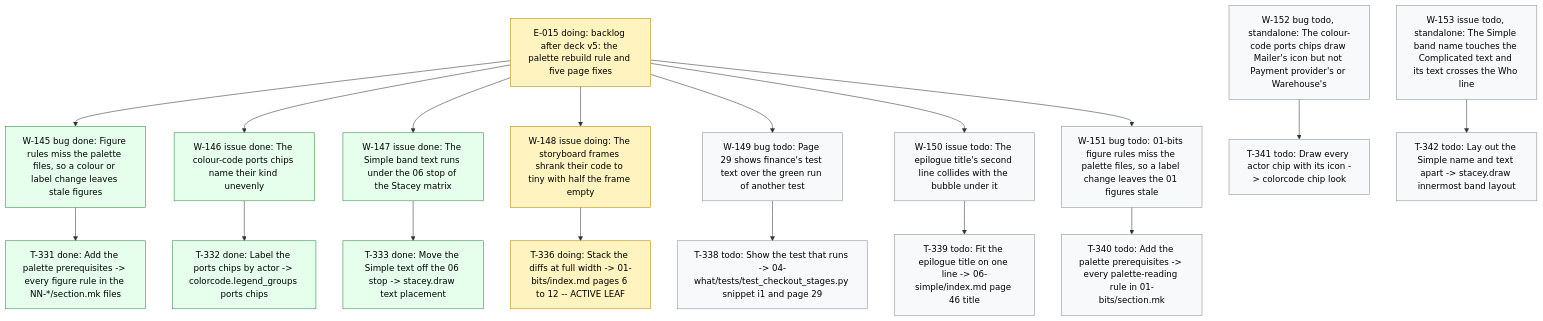
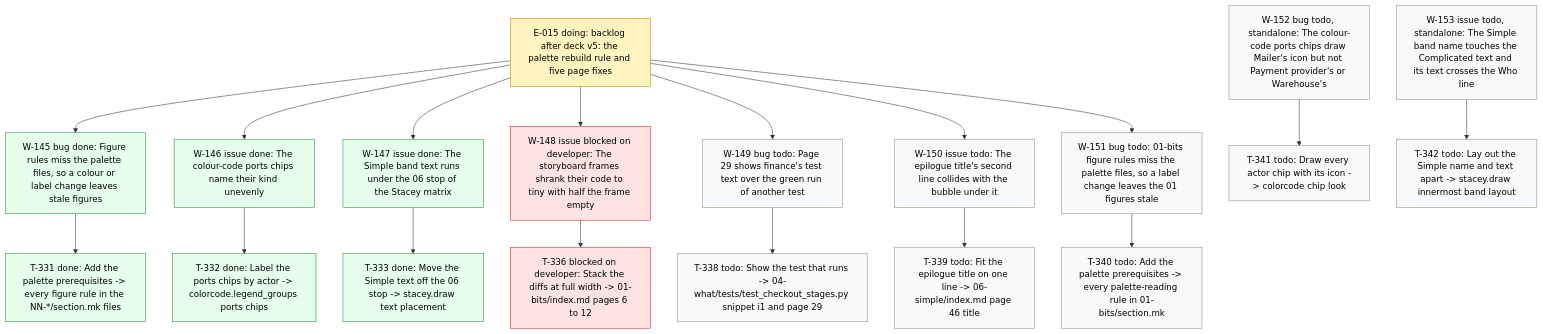
One commit to dpopchev/chaos-to-simple changed the diagram in .board/BOARD.md. Above: the diagram before and after it, drawn with Mermaid. The commit also changed other lines of this file and 2 other files, not shown here.

Commit message:
chore(board): block W-148 on the developer -- page 6 cannot hold the whole v0 at scriptsize
Refs: E-015 W-148 T-336

````diff
--- a/.board/BOARD.md
+++ b/.board/BOARD.md
@@ -862,30 +862,31 @@
 ```mermaid
 flowchart TD
   E015["E-015 doing: backlog after deck v5: the palette rebuild rule and five page fixes"]
   E015 --> W145["W-145 bug done: Figure rules miss the palette files, so a colour or label change leaves stale figures"]
   W145 --> T331["T-331 done: Add the palette prerequisites -> every figure rule in the NN-*/section.mk files"]
   E015 --> W146["W-146 issue done: The colour-code ports chips name their kind unevenly"]
   W146 --> T332["T-332 done: Label the ports chips by actor -> colorcode.legend_groups ports chips"]
   E015 --> W147["W-147 issue done: The Simple band text runs under the 06 stop of the Stacey matrix"]
   W147 --> T333["T-333 done: Move the Simple text off the 06 stop -> stacey.draw text placement"]
-  E015 --> W148["W-148 issue doing: The storyboard frames shrank their code to tiny with half the frame empty"]
-  W148 --> T336["T-336 doing: Stack the diffs at full width -> 01-bits/index.md pages 6 to 12 -- ACTIVE LEAF"]
+  E015 --> W148["W-148 issue blocked on developer: The storyboard frames shrank their code to tiny with half the frame empty"]
+  W148 --> T336["T-336 blocked on developer: Stack the diffs at full width -> 01-bits/index.md pages 6 to 12"]
   E015 --> W149["W-149 bug todo: Page 29 shows finance's test text over the green run of another test"]
   W149 --> T338["T-338 todo: Show the test that runs -> 04-what/tests/test_checkout_stages.py snippet i1 and page 29"]
   E015 --> W150["W-150 issue todo: The epilogue title's second line collides with the bubble under it"]
   W150 --> T339["T-339 todo: Fit the epilogue title on one line -> 06-simple/index.md page 46 title"]
   E015 --> W151["W-151 bug todo: 01-bits figure rules miss the palette files, so a label change leaves the 01 figures stale"]
   W151 --> T340["T-340 todo: Add the palette prerequisites -> every palette-reading rule in 01-bits/section.mk"]
   W152["W-152 bug todo, standalone: The colour-code ports chips draw Mailer's icon but not Payment provider's or Warehouse's"]
   W152 --> T341["T-341 todo: Draw every actor chip with its icon -> colorcode chip look"]
   W153["W-153 issue todo, standalone: The Simple band name touches the Complicated text and its text crosses the Who line"]
   W153 --> T342["T-342 todo: Lay out the Simple name and text apart -> stacey.draw innermost band layout"]
   classDef doing fill:#fff3bf,stroke:#b58900,color:#000;
   classDef blocked fill:#ffe3e3,stroke:#c92a2a,color:#000;
   classDef done fill:#e6ffed,stroke:#2b8a3e,color:#000;
   classDef todo fill:#f8f9fa,stroke:#868e96,color:#000;
   classDef pruned fill:#f1f3f5,stroke:#adb5bd,color:#000;
-  class E015,W148,T336 doing
+  class E015 doing
+  class W148,T336 blocked
   class W145,T331,W146,T332,W147,T333 done
   class W149,T338,W150,T339,W151,T340,W152,T341,W153,T342 todo
 ```
````
